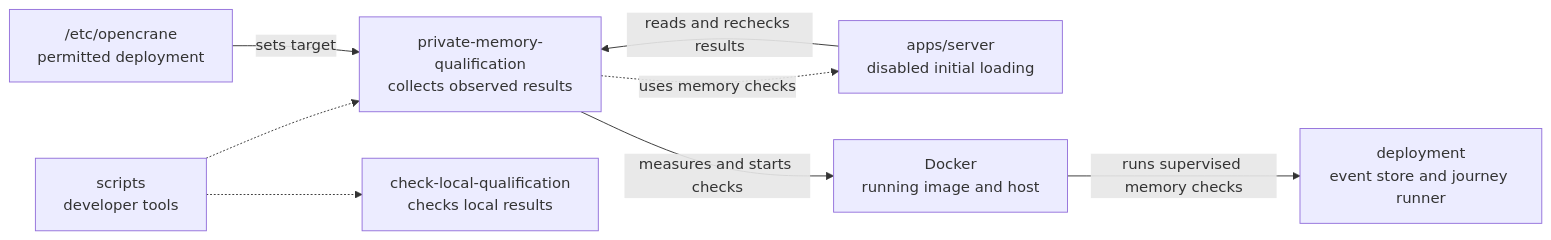
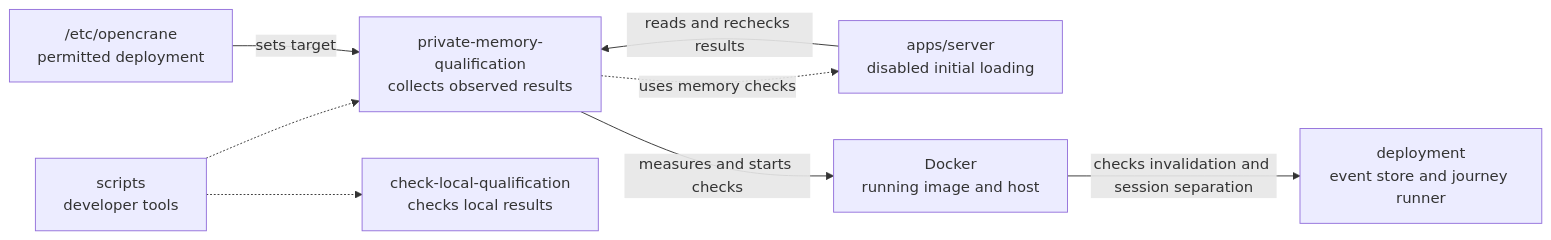
The diagram in scripts/private-memory-qualification/README.md (elewa-git/opencrane-new), drawn with Mermaid before and after one commit. The commit also changed other lines of this file and 12 other files, not shown here.

First line of the commit message:
🧠 The packaged qualification runner checks requester and session isolation itself (#843)

````diff
--- a/scripts/private-memory-qualification/README.md
+++ b/scripts/private-memory-qualification/README.md
@@ -16,10 +17,10 @@
 ```mermaid
 flowchart LR
   scripts["scripts<br/>developer tools"] -.-> collector["private-memory-qualification<br/>collects observed results"]
   scripts -.-> sibling["check-local-qualification<br/>checks local results"]
   server["apps/server<br/>disabled initial loading"] -->|reads and rechecks results| collector
   collector -.->|uses memory checks| server
   config["/etc/opencrane<br/>permitted deployment"] -->|sets target| collector
   collector -->|measures and starts checks| docker["Docker<br/>running image and host"]
-  docker -->|runs supervised memory checks| deployment["deployment<br/>event store and journey runner"]
+  docker -->|checks invalidation and session separation| deployment["deployment<br/>event store and journey runner"]
 ```
````
